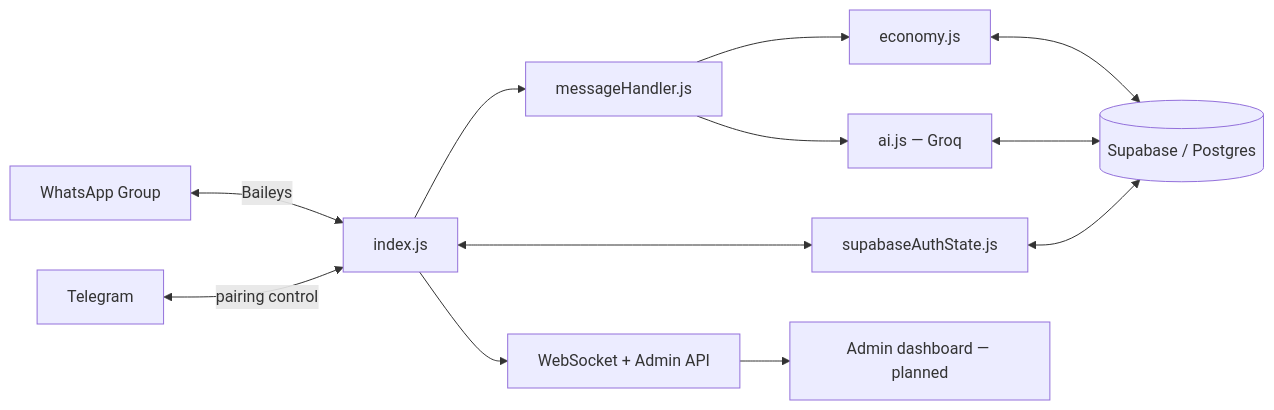
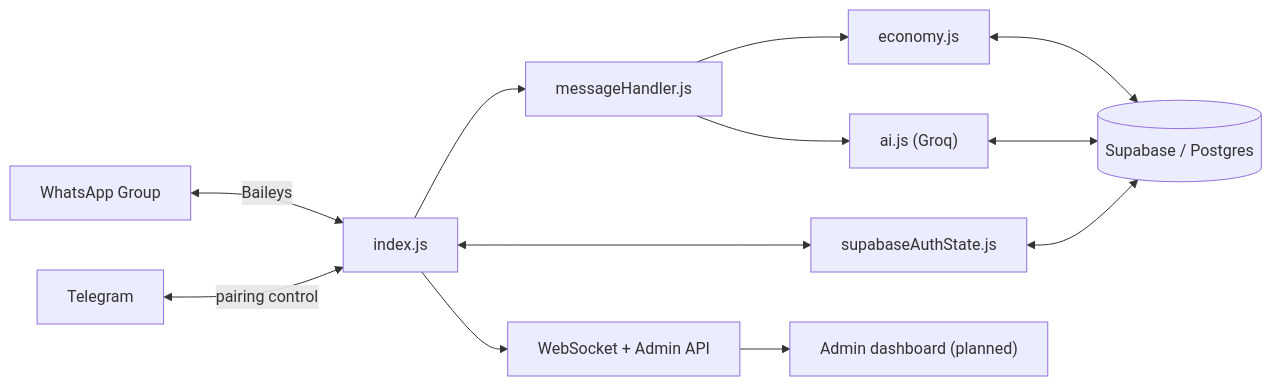
Before and after one commit to bobwheirdick543-png/Official-Habibi-yonder: the diagram in README.md, drawn with Mermaid.

````diff
--- a/README.md
+++ b/README.md
@@ -72,14 +72,14 @@
 ```mermaid
 flowchart LR
-    WA[WhatsApp Group] <-->|Baileys| Bot[index.js]
-    Bot --> MH[messageHandler.js]
-    MH --> ECO[economy.js]
-    MH --> AI[ai.js — Groq]
-    ECO <--> DB[(Supabase / Postgres)]
+    WA["WhatsApp Group"] <-->|Baileys| Bot["index.js"]
+    Bot --> MH["messageHandler.js"]
+    MH --> ECO["economy.js"]
+    MH --> AI["ai.js (Groq)"]
+    ECO <--> DB[("Supabase / Postgres")]
     AI <--> DB
-    Bot <--> AUTH[supabaseAuthState.js]
+    Bot <--> AUTH["supabaseAuthState.js"]
     AUTH <--> DB
-    Bot --> WS[WebSocket + Admin API]
-    WS --> DASH[Admin dashboard — planned]
-    TG[Telegram] <-->|pairing control| Bot
+    Bot --> WS["WebSocket + Admin API"]
+    WS --> DASH["Admin dashboard (planned)"]
+    TG["Telegram"] <-->|pairing control| Bot
 ```
````
